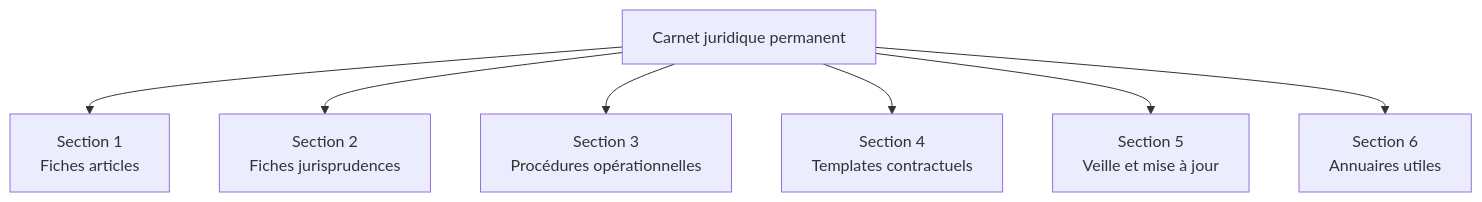
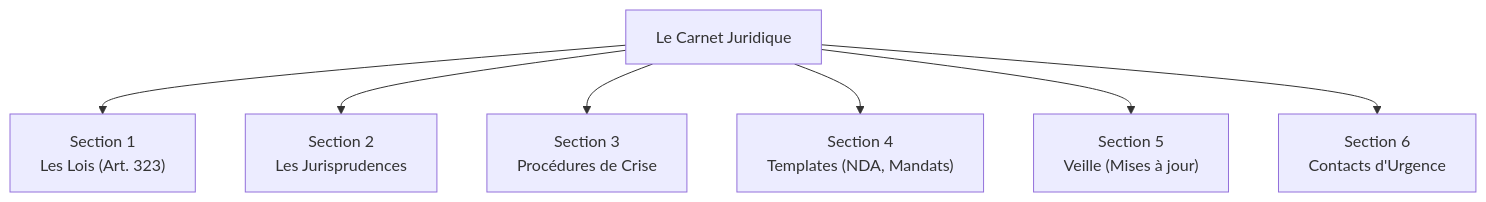
The first of 3 diagrams in docs/cursus-forensic/01-cycle-0-fondations/module-1-legislation/16-synthese-carnet-juridique.md (zyrass/omnydocs), drawn with Mermaid before and after one commit. The commit also changed other lines of this file and 171 other files, not shown here.

````diff
--- a/docs/cursus-forensic/01-cycle-0-fondations/module-1-legislation/16-synthese-carnet-juridique.md
+++ b/docs/cursus-forensic/01-cycle-0-fondations/module-1-legislation/16-synthese-carnet-juridique.md
@@ -69,9 +78,9 @@
 ```mermaid
 flowchart TB
-    A[Carnet juridique permanent] --> B[Section 1<br>Fiches articles]
-    A --> C[Section 2<br>Fiches jurisprudences]
-    A --> D[Section 3<br>Procédures opérationnelles]
-    A --> E[Section 4<br>Templates contractuels]
-    A --> F[Section 5<br>Veille et mise à jour]
-    A --> G[Section 6<br>Annuaires utiles]
+    A["Le Carnet Juridique"] --> B["Section 1<br>Les Lois (Art. 323)"]
+    A --> C["Section 2<br>Les Jurisprudences"]
+    A --> D["Section 3<br>Procédures de Crise"]
+    A --> E["Section 4<br>Templates (NDA, Mandats)"]
+    A --> F["Section 5<br>Veille (Mises à jour)"]
+    A --> G["Section 6<br>Contacts d'Urgence"]
 ```
````
